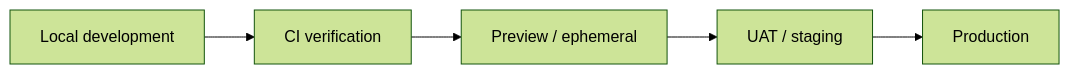
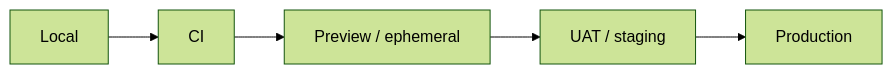
One commit to kumarchandansingh/tropos changed the second of 6 diagrams in docs/delivery/ENVIRONMENT_STRATEGY.md. Above: the diagram before and after it, drawn with Mermaid (forest theme). The commit also changed other lines of this file and 13 other files, not shown here.

Commit message:
docs: rebuild Tropos living architecture

````diff
--- a/docs/delivery/ENVIRONMENT_STRATEGY.md
+++ b/docs/delivery/ENVIRONMENT_STRATEGY.md
@@ -11,7 +23,8 @@
 ```mermaid
 flowchart LR
-    Local[Local development] --> CI[CI verification]
-    CI --> Preview[Preview / ephemeral]
-    Preview --> UAT[UAT / staging]
-    UAT --> Prod[Production]
+    Local[Local]
+    --> CI[CI]
+    --> Preview[Preview / ephemeral]
+    --> UAT[UAT / staging]
+    --> Prod[Production]
 ```
````
